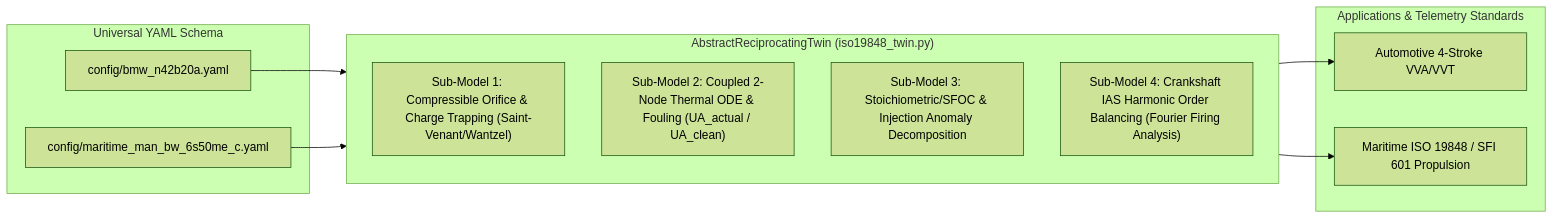
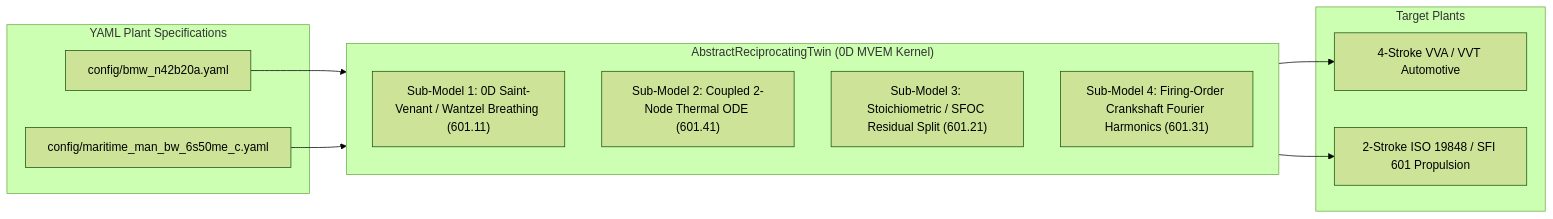
One commit to Giorgoskokk06/greybox-ice-twin-showcase changed the diagram in docs/MARITIME_TRANSFERABILITY_ISO19848.md. Above: the diagram before and after it, drawn with Mermaid (forest theme). The commit also changed other lines of this file and 1 other file, not shown here.

````diff
--- a/docs/MARITIME_TRANSFERABILITY_ISO19848.md
+++ b/docs/MARITIME_TRANSFERABILITY_ISO19848.md
@@ -18,24 +16,24 @@
 ```mermaid
 flowchart LR
-    subgraph Config ["Universal YAML Schema"]
+    subgraph Config ["YAML Plant Specifications"]
         C1["config/bmw_n42b20a.yaml"]
         C2["config/maritime_man_bw_6s50me_c.yaml"]
     end
 
-    subgraph Core ["AbstractReciprocatingTwin (iso19848_twin.py)"]
-        SM1["Sub-Model 1: Compressible Orifice & Charge Trapping (Saint-Venant/Wantzel)"]
-        SM2["Sub-Model 2: Coupled 2-Node Thermal ODE & Fouling (UA_actual / UA_clean)"]
-        SM3["Sub-Model 3: Stoichiometric/SFOC & Injection Anomaly Decomposition"]
-        SM4["Sub-Model 4: Crankshaft IAS Harmonic Order Balancing (Fourier Firing Analysis)"]
+    subgraph Core ["AbstractReciprocatingTwin (0D MVEM Kernel)"]
+        SM1["Sub-Model 1: 0D Saint-Venant / Wantzel Breathing (601.11)"]
+        SM2["Sub-Model 2: Coupled 2-Node Thermal ODE (601.41)"]
+        SM3["Sub-Model 3: Stoichiometric / SFOC Residual Split (601.21)"]
+        SM4["Sub-Model 4: Firing-Order Crankshaft Fourier Harmonics (601.31)"]
     end
 
-    subgraph Targets ["Applications & Telemetry Standards"]
-        T1["Automotive 4-Stroke VVA/VVT"]
-        T2["Maritime ISO 19848 / SFI 601 Propulsion"]
+    subgraph Targets ["Target Plants"]
+        T1["4-Stroke VVA / VVT Automotive"]
+        T2["2-Stroke ISO 19848 / SFI 601 Propulsion"]
     end
 
     C1 --> Core
     C2 --> Core
     Core --> T1
     Core --> T2
 ```
````
